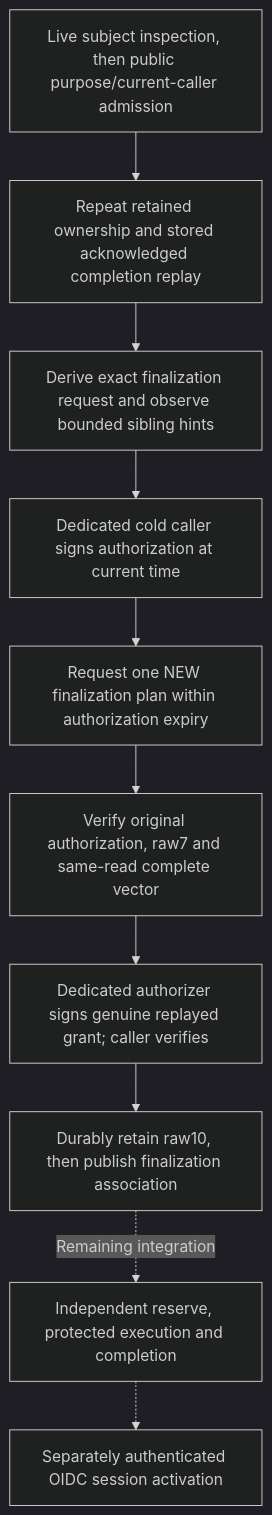
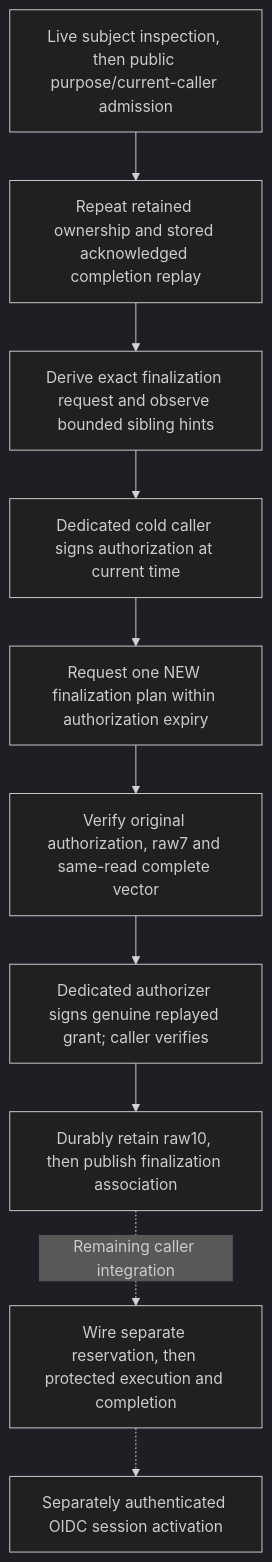
Before and after one commit to AndrewMohawk/catchplate: the diagram in docs/control-plane-finalization-execution.md, drawn with Mermaid (dark theme). The commit also changed other lines of this file and 26 other files, not shown here.

````diff
--- a/docs/control-plane-finalization-execution.md
+++ b/docs/control-plane-finalization-execution.md
@@ -20,12 +20,12 @@
 ```mermaid
 flowchart TD
     A["Live subject inspection, then public purpose/current-caller admission"] --> B["Repeat retained ownership and stored acknowledged completion replay"]
     B --> C["Derive exact finalization request and observe bounded sibling hints"]
     C --> D["Dedicated cold caller signs authorization at current time"]
     D --> E["Request one NEW finalization plan within authorization expiry"]
     E --> F["Verify original authorization, raw7 and same-read complete vector"]
     F --> G["Dedicated authorizer signs genuine replayed grant; caller verifies"]
     G --> H["Durably retain raw10, then publish finalization association"]
-    H -. "Remaining integration" .-> I["Independent reserve, protected execution and completion"]
+    H -. "Remaining caller integration" .-> I["Wire separate reservation, then protected execution and completion"]
     I -.-> J["Separately authenticated OIDC session activation"]
 ```
````
